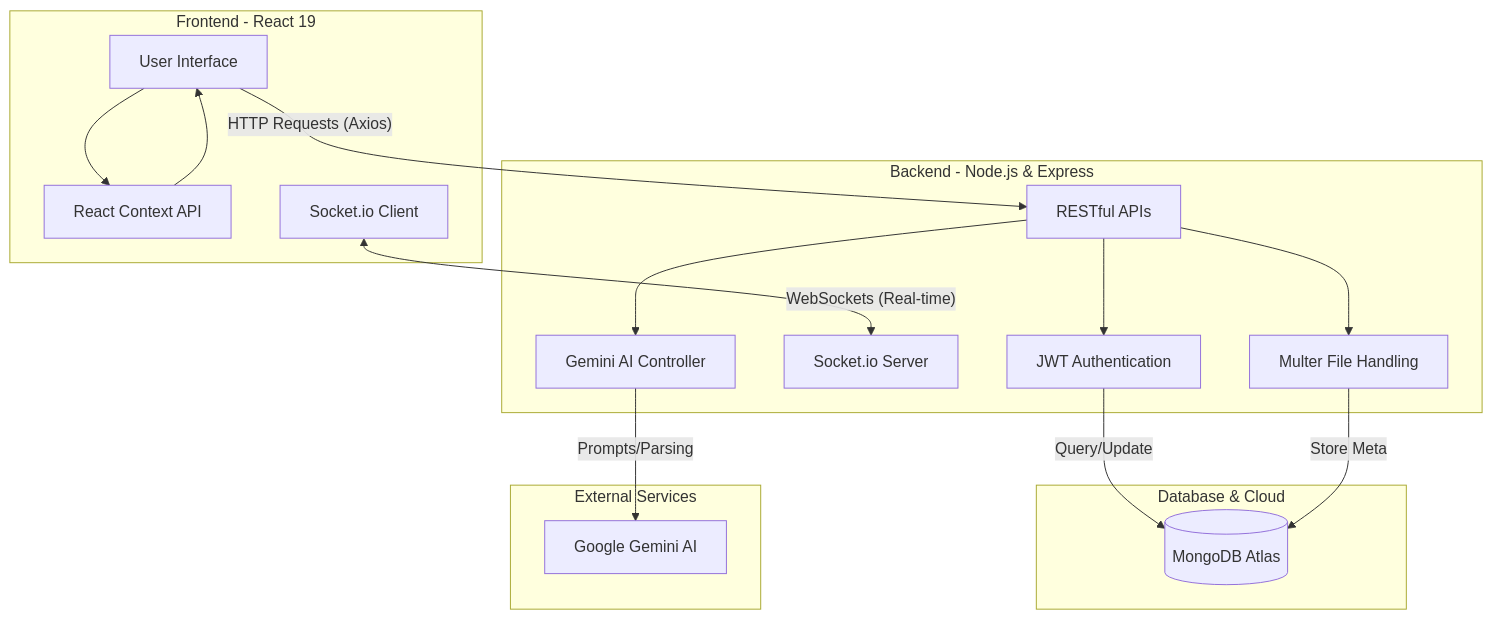
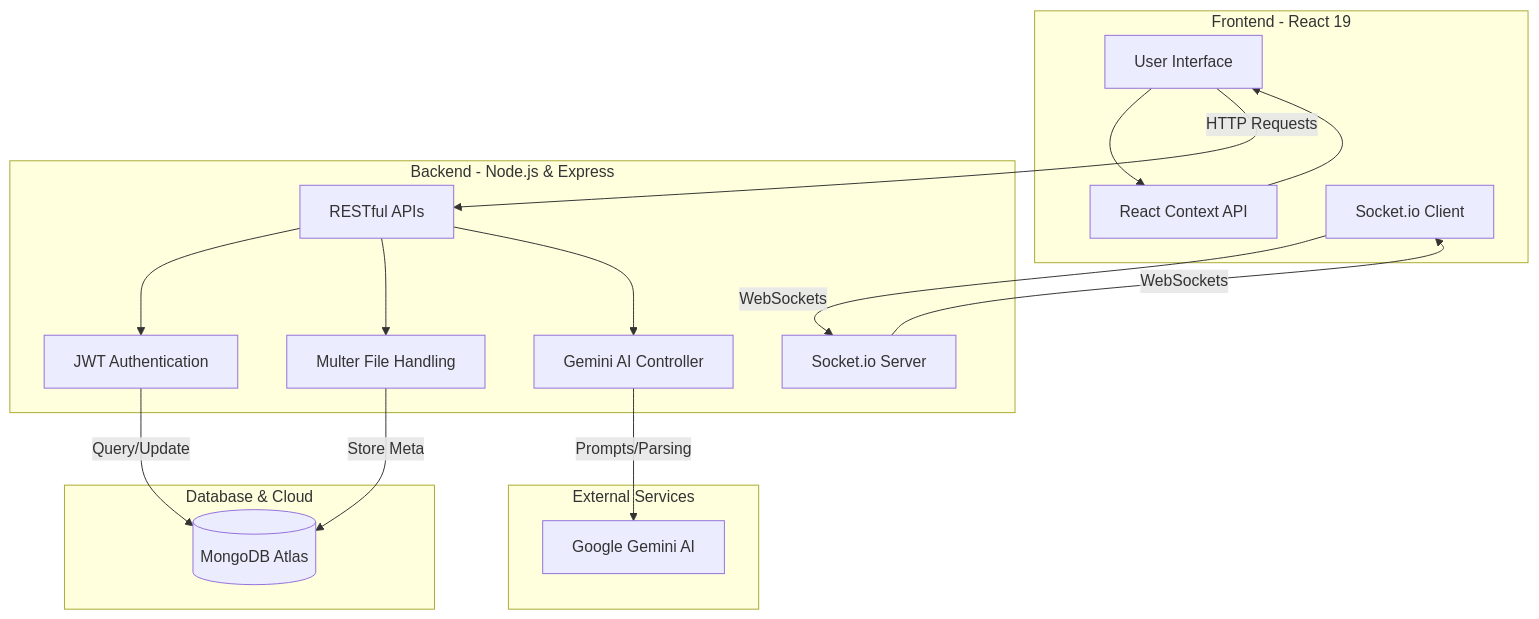
The first of 6 diagrams in FLOW_ARCHITECTURE.md (Abhijeet0848/Placement-portal), drawn with Mermaid before and after one commit. The commit also changed other lines of this file, not shown here.

Commit message:
fix: simplify mermaid syntax for live editor compatibility

````diff
--- a/FLOW_ARCHITECTURE.md
+++ b/FLOW_ARCHITECTURE.md
@@ -11,40 +11,37 @@
 ```mermaid
 flowchart TD
-    %% Client Tier
-    subgraph Client Tier [Frontend - React 19]
+    subgraph Client [Frontend - React 19]
         UI[User Interface]
         Context[React Context API]
         SocketC[Socket.io Client]
         UI --> Context
         Context --> UI
     end
 
-    %% Server Tier
-    subgraph Server Tier [Backend - Node.js & Express]
+    subgraph Server [Backend - Node.js & Express]
         API[RESTful APIs]
         Auth[JWT Authentication]
         SocketS[Socket.io Server]
         Uploads[Multer File Handling]
-        AI_Controller[Gemini AI Controller]
+        AIController[Gemini AI Controller]
         
         API --> Auth
         API --> Uploads
-        API --> AI_Controller
+        API --> AIController
     end
 
-    %% Data Tier & External Services
-    subgraph Data Tier [Database & Cloud]
+    subgraph DatabaseTier [Database & Cloud]
         MongoDB[(MongoDB Atlas)]
     end
     
-    subgraph External Services
+    subgraph External [External Services]
         Gemini[Google Gemini AI]
     end
 
-    %% Connections
-    UI -- "HTTP Requests (Axios)" --> API
-    SocketC -- "WebSockets (Real-time)" <--> SocketS
-    Auth -- "Query/Update" --> MongoDB
-    Uploads -- "Store Meta" --> MongoDB
-    AI_Controller -- "Prompts/Parsing" --> Gemini
+    UI -->|HTTP Requests| API
+    SocketC -->|WebSockets| SocketS
+    SocketS -->|WebSockets| SocketC
+    Auth -->|Query/Update| MongoDB
+    Uploads -->|Store Meta| MongoDB
+    AIController -->|Prompts/Parsing| Gemini
 ```
````
